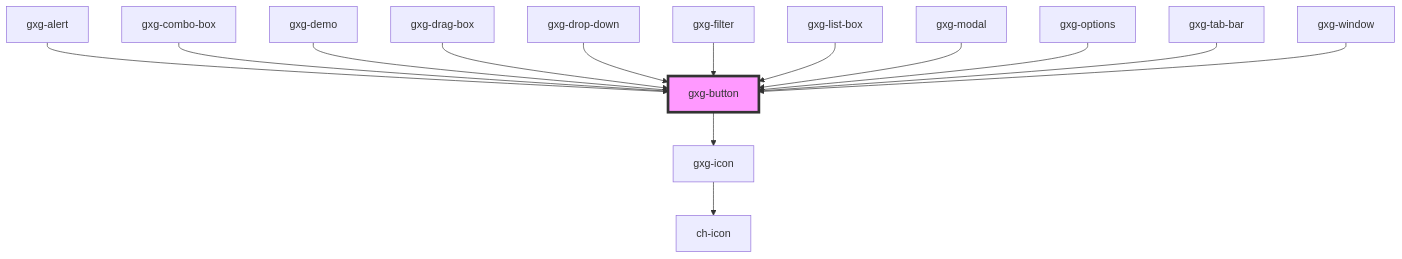
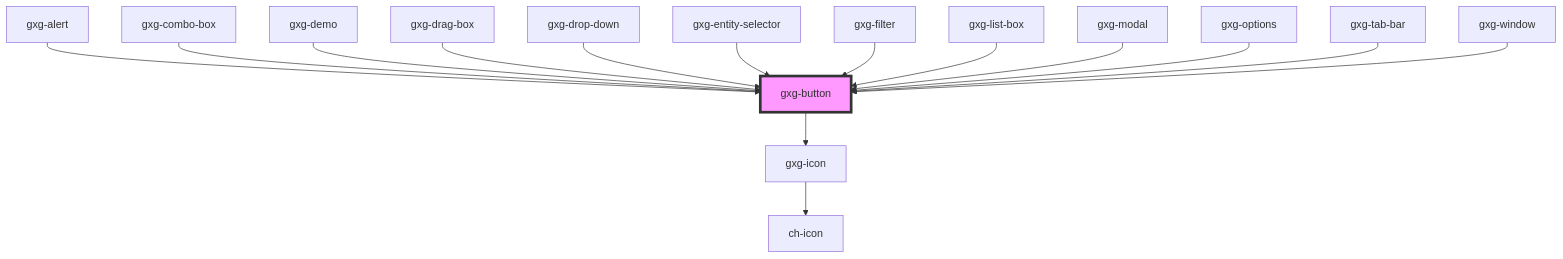
The diagram in src/components/button/readme.md (genexuslabs/gemini), drawn with Mermaid before and after one commit. The commit also changed other lines of this file and 20 other files, not shown here.

````diff
--- a/src/components/button/readme.md
+++ b/src/components/button/readme.md
@@ -62,17 +63,18 @@
 ```mermaid
 graph TD;
   gxg-button --> gxg-icon
   gxg-icon --> ch-icon
   gxg-alert --> gxg-button
   gxg-combo-box --> gxg-button
   gxg-demo --> gxg-button
   gxg-drag-box --> gxg-button
   gxg-drop-down --> gxg-button
+  gxg-entity-selector --> gxg-button
   gxg-filter --> gxg-button
   gxg-list-box --> gxg-button
   gxg-modal --> gxg-button
   gxg-options --> gxg-button
   gxg-tab-bar --> gxg-button
   gxg-window --> gxg-button
   style gxg-button fill:#f9f,stroke:#333,stroke-width:4px
 ```
````
